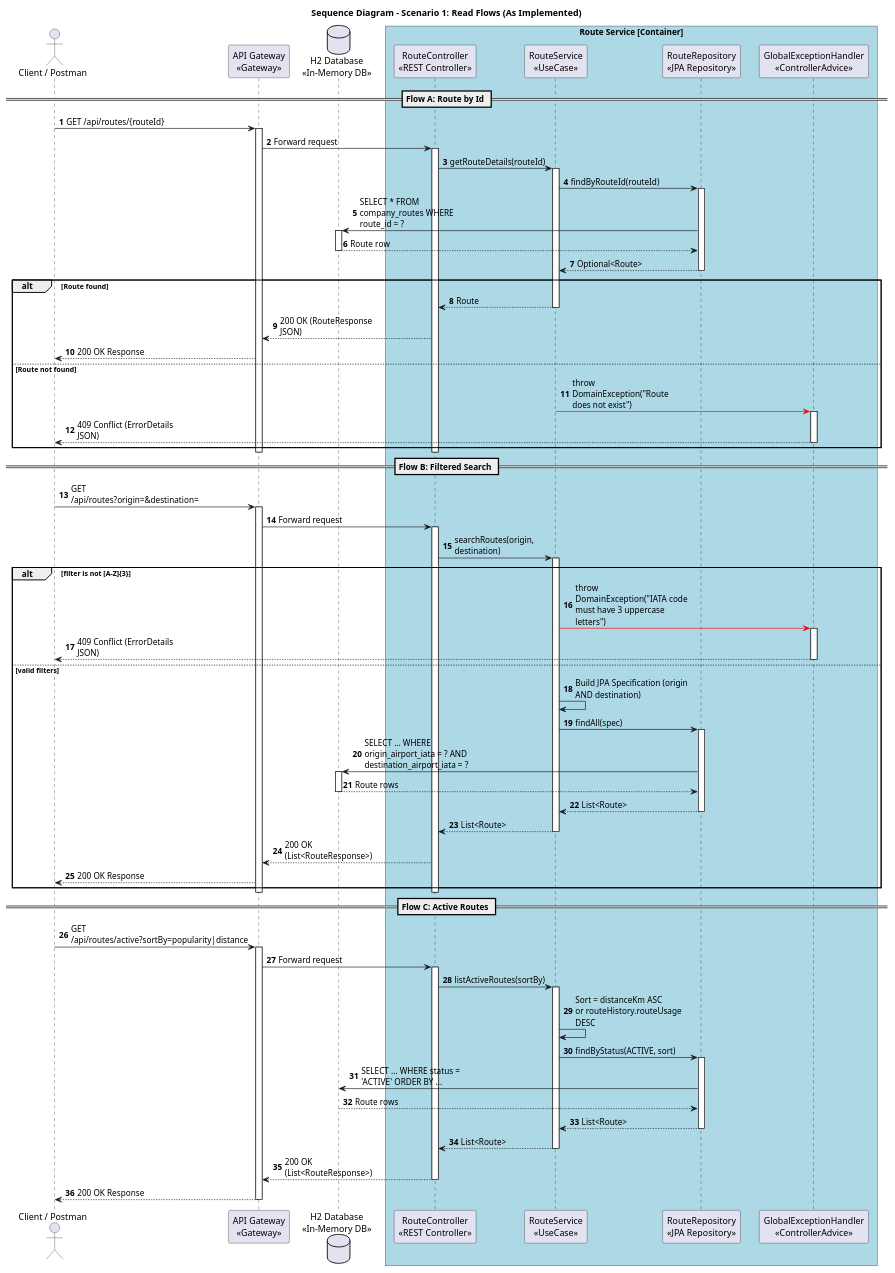
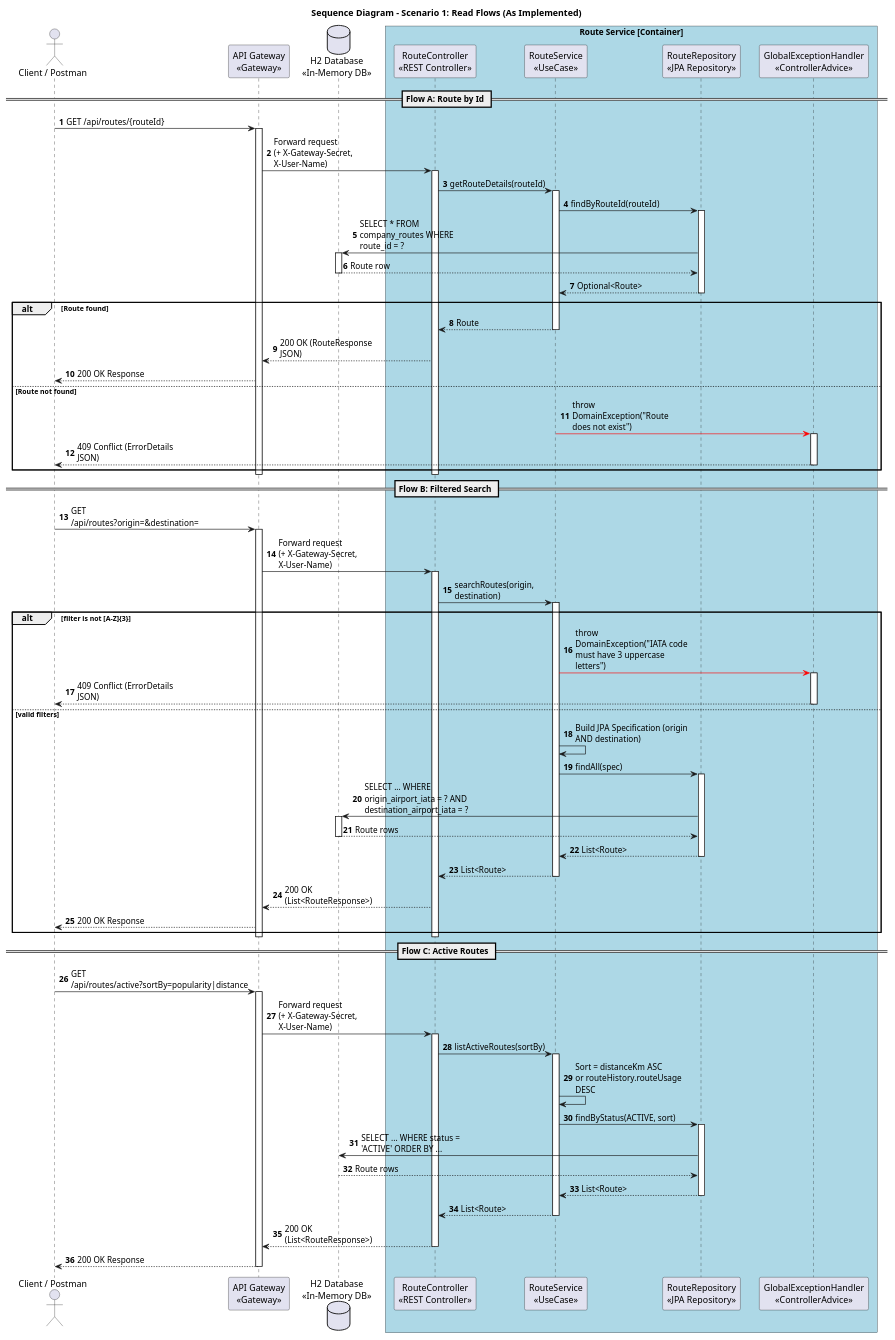
Before and after one commit to 8126Lucas/SIDIS_G6_3DA: the diagram in route-service/docs/sequence-diagrams/scenario-1-query-routes.puml, drawn with PlantUML. The commit also changed 52 other files, not shown here.

First line of the commit message:
Enhance API Specification and Architecture Documentation

```diff
--- a/route-service/docs/sequence-diagrams/scenario-1-query-routes.puml
+++ b/route-service/docs/sequence-diagrams/scenario-1-query-routes.puml
@@ -1,116 +1,116 @@
 @startuml
 skinparam responseMessageBelowArrow true
 skinparam maxMessageSize 180
 skinparam boxPadding 10
 skinparam participantPadding 10
 skinparam shadowing false
 
 title Sequence Diagram - Scenario 1: Read Flows (As Implemented)
 
 autonumber
 
 actor "Client / Postman" as client
 participant "API Gateway\n<<Gateway>>" as gateway
 participant "RouteController\n<<REST Controller>>" as controller
 participant "RouteService\n<<UseCase>>" as route_uc
 participant "RouteRepository\n<<JPA Repository>>" as repo
 database "H2 Database\n<<In-Memory DB>>" as db
 participant "GlobalExceptionHandler\n<<ControllerAdvice>>" as exception_handler
 
 box "Route Service [Container]" #LightBlue
     participant controller
     participant route_uc
     participant repo
     participant exception_handler
 end box
 
 == Flow A: Route by Id ==
 
 client -> gateway : GET /api/routes/{routeId}
 activate gateway
-gateway -> controller : Forward request
+gateway -> controller : Forward request\n(+ X-Gateway-Secret, X-User-Name)
 activate controller
 
 controller -> route_uc : getRouteDetails(routeId)
 activate route_uc
 route_uc -> repo : findByRouteId(routeId)
 activate repo
 repo -> db : SELECT * FROM company_routes WHERE route_id = ?
 activate db
 db --> repo : Route row
 deactivate db
 repo --> route_uc : Optional<Route>
 deactivate repo
 
 alt Route found
     route_uc --> controller : Route
     deactivate route_uc
     controller --> gateway : 200 OK (RouteResponse JSON)
     gateway --> client : 200 OK Response
 else Route not found
     route_uc -[#red]> exception_handler : throw DomainException("Route does not exist")
     activate exception_handler
     exception_handler --> client : 409 Conflict (ErrorDetails JSON)
     deactivate exception_handler
 end
 deactivate controller
 deactivate gateway
 
 == Flow B: Filtered Search ==
 
 client -> gateway : GET /api/routes?origin=&destination=
 activate gateway
-gateway -> controller : Forward request
+gateway -> controller : Forward request\n(+ X-Gateway-Secret, X-User-Name)
 activate controller
 
 controller -> route_uc : searchRoutes(origin, destination)
 activate route_uc
 
 alt filter is not [A-Z]{3}
     route_uc -[#red]> exception_handler : throw DomainException("IATA code must have 3 uppercase letters")
     activate exception_handler
     exception_handler --> client : 409 Conflict (ErrorDetails JSON)
     deactivate exception_handler
 else valid filters
     route_uc -> route_uc : Build JPA Specification (origin AND destination)
     route_uc -> repo : findAll(spec)
     activate repo
     repo -> db : SELECT ... WHERE origin_airport_iata = ? AND destination_airport_iata = ?
     activate db
     db --> repo : Route rows
     deactivate db
     repo --> route_uc : List<Route>
     deactivate repo
     route_uc --> controller : List<Route>
     deactivate route_uc
     controller --> gateway : 200 OK (List<RouteResponse>)
     gateway --> client : 200 OK Response
 end
 deactivate controller
 deactivate gateway
 
 == Flow C: Active Routes ==
 
 client -> gateway : GET /api/routes/active?sortBy=popularity|distance
 activate gateway
-gateway -> controller : Forward request
+gateway -> controller : Forward request\n(+ X-Gateway-Secret, X-User-Name)
 activate controller
 
 controller -> route_uc : listActiveRoutes(sortBy)
 activate route_uc
 route_uc -> route_uc : Sort = distanceKm ASC\nor routeHistory.routeUsage DESC
 route_uc -> repo : findByStatus(ACTIVE, sort)
 activate repo
 repo -> db : SELECT ... WHERE status = 'ACTIVE' ORDER BY ...
 db --> repo : Route rows
 repo --> route_uc : List<Route>
 deactivate repo
 route_uc --> controller : List<Route>
 deactivate route_uc
 
 controller --> gateway : 200 OK (List<RouteResponse>)
 deactivate controller
 gateway --> client : 200 OK Response
 deactivate gateway
 
 @enduml
```
